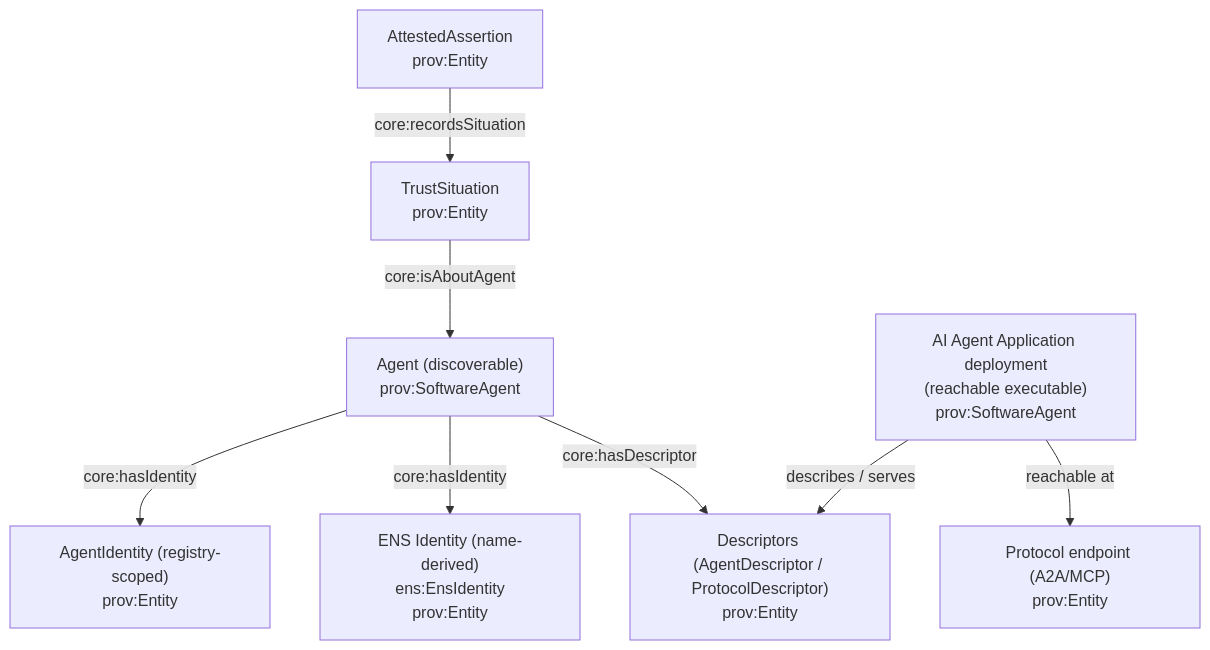
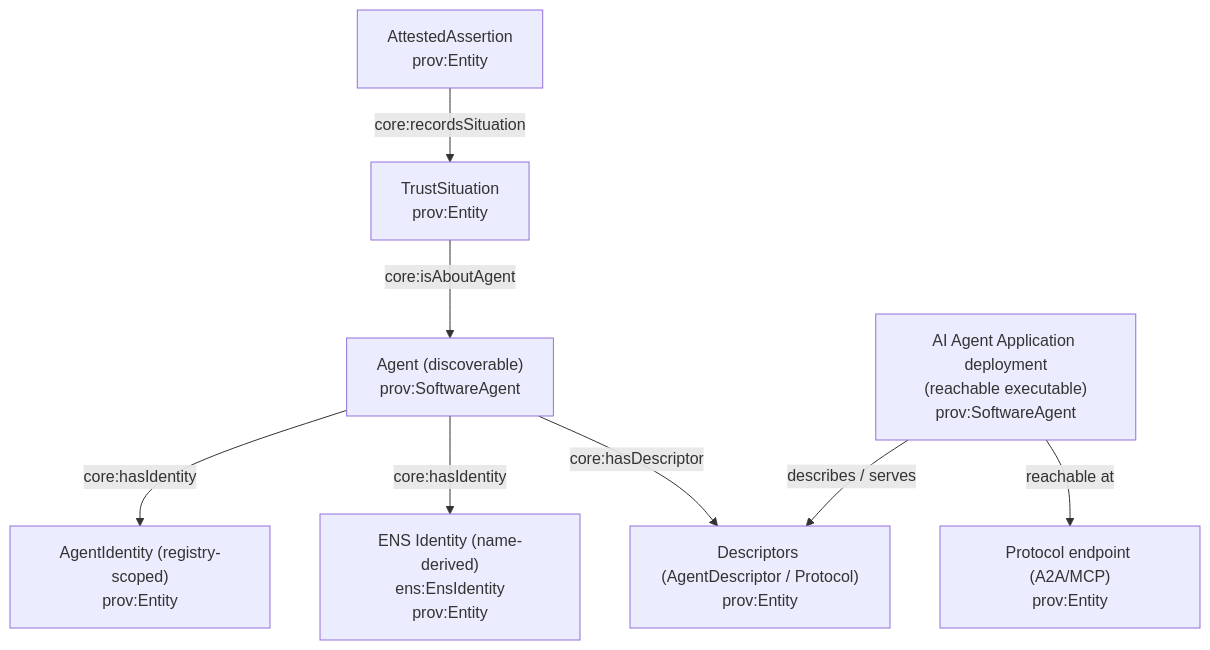
The first of 3 diagrams in docs/ontology/agent-application.md (Agentic-Trust-Layer/agent-explorer), drawn with Mermaid before and after one commit. The commit also changed other lines of this file and 34 other files, not shown here.

Commit message:
cleaned up ontology and graphql

````diff
--- a/docs/ontology/agent-application.md
+++ b/docs/ontology/agent-application.md
@@ -24,21 +24,21 @@
 ```mermaid
 graph TB
   Agent["Agent (discoverable)\nprov:SoftwareAgent"]
   Identity["AgentIdentity (registry-scoped)\nprov:Entity"]
   Name["ENS Identity (name-derived)\nens:EnsIdentity\nprov:Entity"]
-  Desc["Descriptors (AgentDescriptor / ProtocolDescriptor)\nprov:Entity"]
+  Desc["Descriptors (AgentDescriptor / Protocol)\nprov:Entity"]
   Sit["TrustSituation\nprov:Entity"]
   Attested["AttestedAssertion\nprov:Entity"]
 
   Deploy["AI Agent Application deployment\n(reachable executable)\nprov:SoftwareAgent"]
   Endpoint["Protocol endpoint (A2A/MCP)\nprov:Entity"]
 
   Agent -->|core:hasIdentity| Identity
   Agent -->|core:hasIdentity| Name
   Agent -->|core:hasDescriptor| Desc
   Sit -->|core:isAboutAgent| Agent
   Attested -->|core:recordsSituation| Sit
 
   Deploy -->|reachable at| Endpoint
   Deploy -->|describes / serves| Desc
 ```
````
